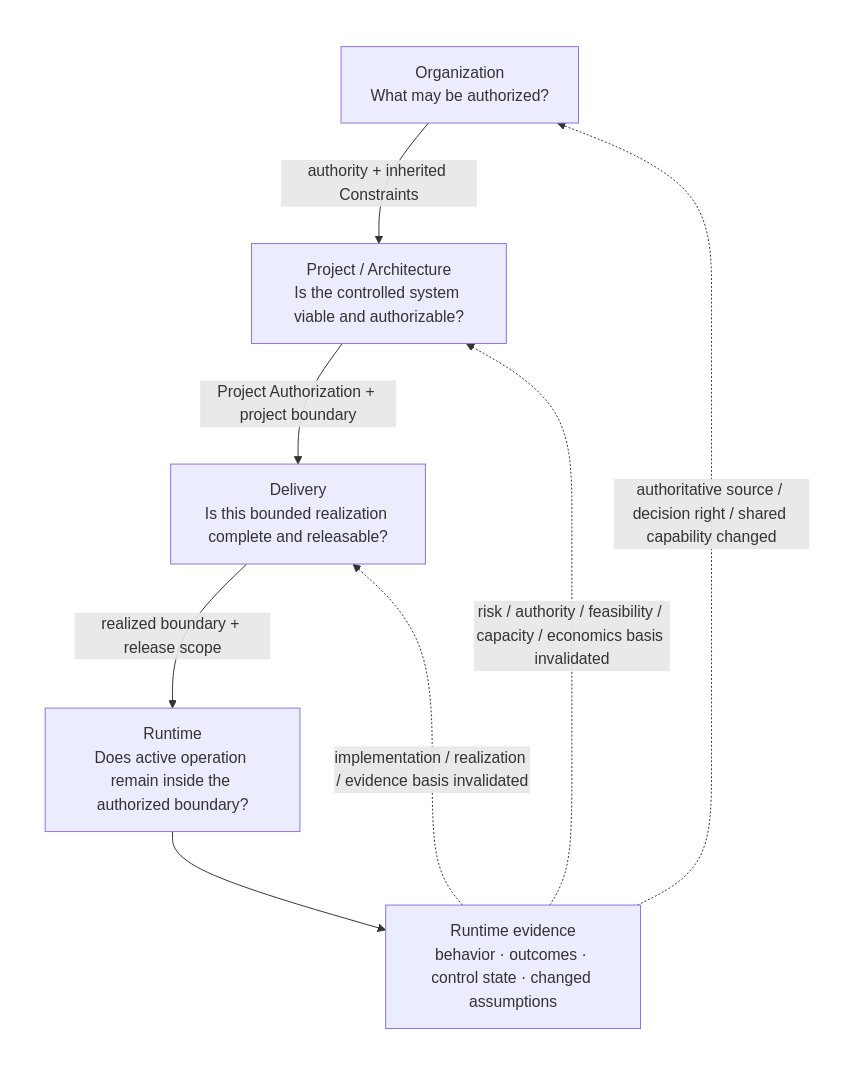
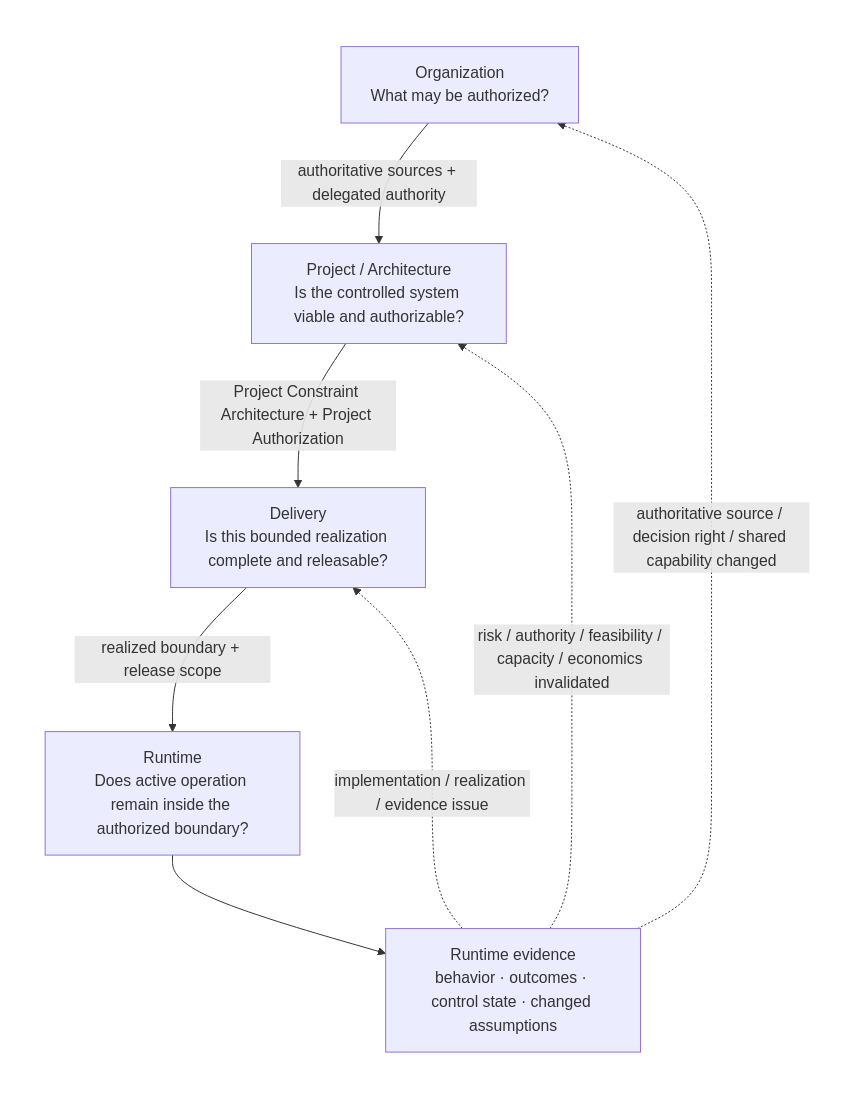
One commit to UncertaintyArchitectureGroup/uncertainty-architecture changed the sixth of 14 diagrams in content/research/notes/open-engineering-specification-article-draft.md. Above: the diagram before and after it, drawn with Mermaid. The commit also changed other lines of this file, not shown here.

Commit message:
docs(research): reconcile Section 2 with doctrine and figure contract

````diff
--- a/content/research/notes/open-engineering-specification-article-draft.md
+++ b/content/research/notes/open-engineering-specification-article-draft.md
@@ -288,22 +289,22 @@
 ```mermaid
 flowchart TB
     subgraph SPINE[" "]
         direction TB
         O["Organization<br/>What may be authorized?"]
         P["Project / Architecture<br/>Is the controlled system viable and authorizable?"]
         D["Delivery<br/>Is this bounded realization complete and releasable?"]
         R["Runtime<br/>Does active operation remain inside the authorized boundary?"]
         E["Runtime evidence<br/>behavior · outcomes · control state · changed assumptions"]
 
-        O -->|authority + inherited Constraints| P
-        P -->|Project Authorization + project boundary| D
+        O -->|authoritative sources + delegated authority| P
+        P -->|Project Constraint Architecture + Project Authorization| D
         D -->|realized boundary + release scope| R
         R --> E
     end
 
-    E -.->|implementation / realization / evidence basis invalidated| D
-    E -.->|risk / authority / feasibility / capacity / economics basis invalidated| P
+    E -.->|implementation / realization / evidence issue| D
+    E -.->|risk / authority / feasibility / capacity / economics invalidated| P
     E -.->|authoritative source / decision right / shared capability changed| O
 
     style SPINE fill:none,stroke:none
 ```
````
